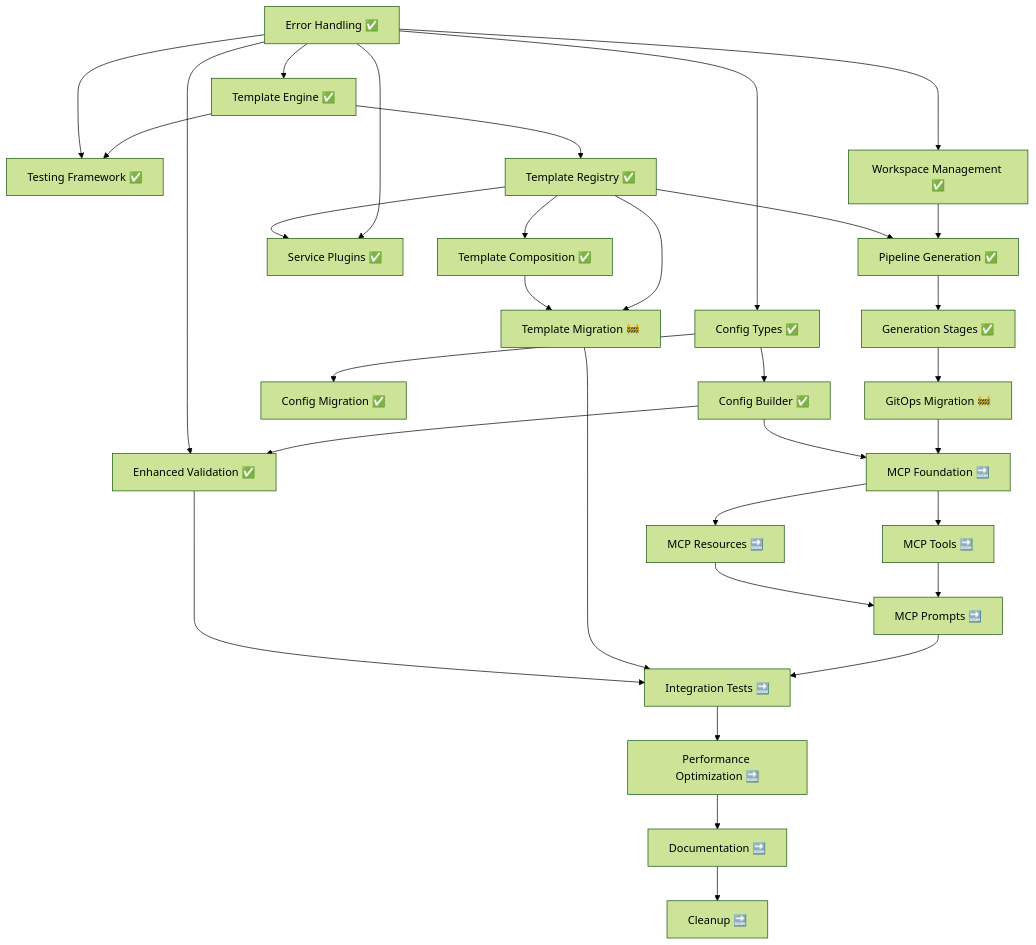
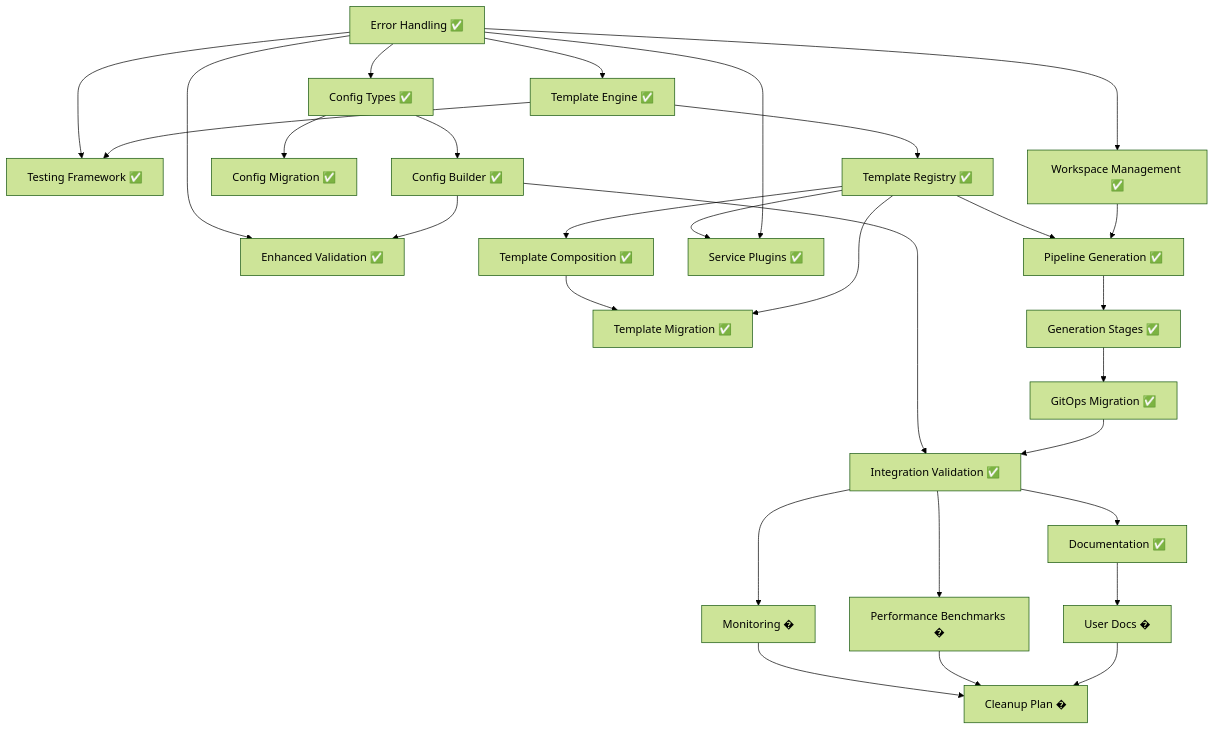
One commit to Sherlock2019/openCenter-cli-testDzoan changed the diagram in .kiro/specs/configuration-system-refactor/tasks.md. Above: the diagram before and after it, drawn with Mermaid (forest theme). The commit also changed other lines of this file and 66 other files, not shown here.

````diff
--- a/.kiro/specs/configuration-system-refactor/tasks.md
+++ b/.kiro/specs/configuration-system-refactor/tasks.md
@@ -654,38 +553,36 @@
 ```mermaid
 graph TD
     T1.1[Error Handling ✅] --> T1.2[Template Engine ✅]
     T1.1 --> T2.1[Config Types ✅]
     T1.2 --> T1.3[Testing Framework ✅]
     T1.1 --> T1.3
     
     T2.1 --> T2.2[Config Builder ✅]
     T2.1 --> T2.3[Config Migration ✅]
     T2.2 --> T2.4[Enhanced Validation ✅]
     T1.1 --> T2.4
     
     T1.2 --> T3.1[Template Registry ✅]
     T3.1 --> T3.2[Template Composition ✅]
     T1.1 --> T3.3[Service Plugins ✅]
     T3.1 --> T3.3
-    T3.1 --> T3.4[Template Migration 🚧]
+    T3.1 --> T3.4[Template Migration ✅]
     T3.2 --> T3.4
     
     T1.1 --> T4.1[Workspace Management ✅]
     T4.1 --> T4.2[Pipeline Generation ✅]
     T3.1 --> T4.2
     T4.2 --> T4.3[Generation Stages ✅]
-    T4.3 --> T4.4[GitOps Migration 🚧]
+    T4.3 --> T4.4[GitOps Migration ✅]
     
-    T4.4 --> T5.1[MCP Foundation 🔜]
+    T4.4 --> T5.1[Integration Validation ✅]
     T2.2 --> T5.1
-    T5.1 --> T5.2[MCP Tools 🔜]
-    T5.1 --> T5.3[MCP Resources 🔜]
-    T5.2 --> T5.4[MCP Prompts 🔜]
-    T5.3 --> T5.4
-    T5.4 --> T5.5[Integration Tests 🔜]
-    T3.4 --> T5.5
-    T2.4 --> T5.5
-    T5.5 --> T5.6[Performance Optimization 🔜]
-    T5.6 --> T5.7[Documentation 🔜]
-    T5.7 --> T5.8[Cleanup 🔜]
+    T5.1 --> T5.2[Documentation ✅]
+    
+    T5.2 --> T6.1[User Docs �]
+    T5.1 --> T6.2[Performance Benchmarks �]
+    T5.1 --> T6.3[Monitoring �]
+    T6.1 --> T6.4[Cleanup Plan �]
+    T6.2 --> T6.4
+    T6.3 --> T6.4
 ```
````
